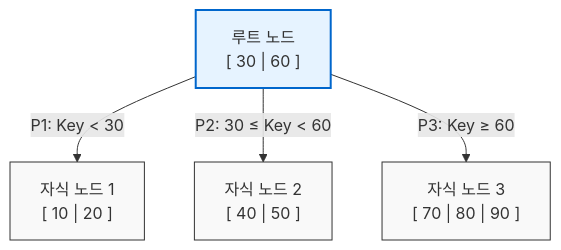
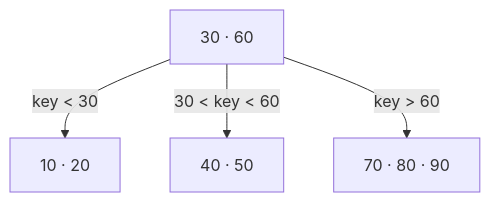
One commit to supremethumb/supremethumb.github.io changed the diagram in content/01_IT Tech/Balanced Tree B-Tree.md. Above: the diagram before and after it, drawn with Mermaid. The commit also changed other lines of this file and 1087 other files, not shown here.

````diff
--- a/content/01_IT Tech/Balanced Tree B-Tree.md
+++ b/content/01_IT Tech/Balanced Tree B-Tree.md
@@ -31,18 +37,6 @@
 ```mermaid
 flowchart TD
-    ROOT["루트 노드<br/>[ 30 | 60 ]"]
-    
-    C1["자식 노드 1<br/>[ 10 | 20 ]"]
-    C2["자식 노드 2<br/>[ 40 | 50 ]"]
-    C3["자식 노드 3<br/>[ 70 | 80 | 90 ]"]
-    
-    ROOT -->|"P1: Key < 30"| C1
-    ROOT -->|"P2: 30 ≤ Key < 60"| C2
-    ROOT -->|"P3: Key ≥ 60"| C3
-    
-    style ROOT fill:#e6f3ff,stroke:#0066cc,stroke-width:2px
-    style C1 fill:#f9f9f9,stroke:#333
-    style C2 fill:#f9f9f9,stroke:#333
-    style C3 fill:#f9f9f9,stroke:#333
-
+    ROOT["30 · 60"] -- "key < 30" --> C1["10 · 20"]
+    ROOT -- "30 < key < 60" --> C2["40 · 50"]
+    ROOT -- "key > 60" --> C3["70 · 80 · 90"]
 ```
````
